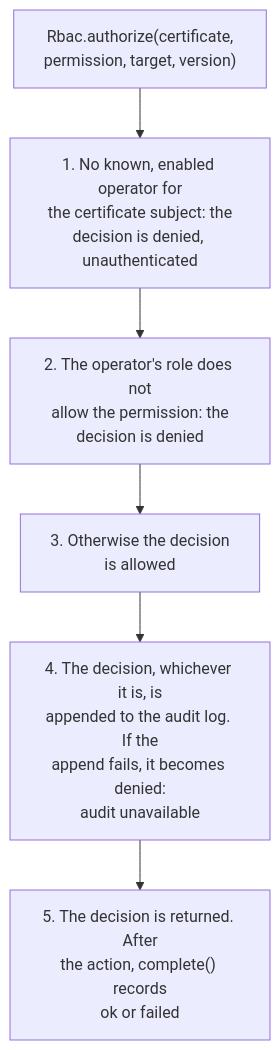
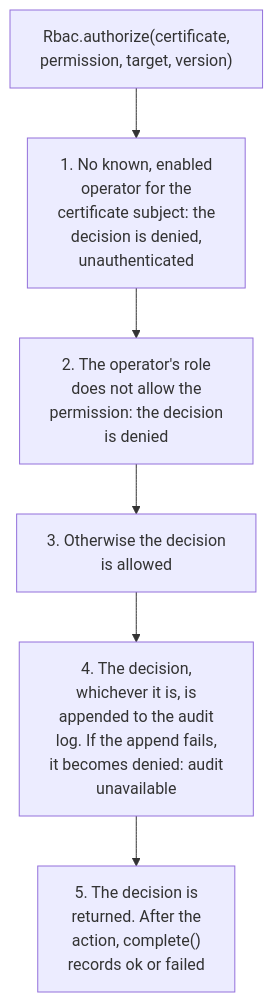
The second of 2 diagrams in docs/design/control-plane-security.md (BlivionIaG/sjws_nettask), drawn with Mermaid before and after one commit. The commit also changed other lines of this file and 8 other files, not shown here.

First line of the commit message:
docs: re-wrap long diagram labels so words do not orphan

````diff
--- a/docs/design/control-plane-security.md
+++ b/docs/design/control-plane-security.md
@@ -85,8 +85,8 @@
 ```mermaid
 flowchart TD
-    a["Rbac.authorize(certificate,<br/>permission, target, version)"] --> c1["1. No known, enabled operator for<br/>the certificate subject: the<br/>decision is denied, unauthenticated"]
-    c1 --> c2["2. The operator's role does not<br/>allow the permission: the<br/>decision is denied"]
+    a["Rbac.authorize(certificate,<br/>permission, target, version)"] --> c1["1. No known, enabled<br/>operator for the<br/>certificate subject: the<br/>decision is denied,<br/>unauthenticated"]
+    c1 --> c2["2. The operator's role<br/>does not allow the<br/>permission: the decision<br/>is denied"]
     c2 --> c3["3. Otherwise the decision<br/>is allowed"]
-    c3 --> c4["4. The decision, whichever it is, is<br/>appended to the audit log. If the<br/>append fails, it becomes denied:<br/>audit unavailable"]
-    c4 --> c5["5. The decision is returned. After<br/>the action, complete() records<br/>ok or failed"]
+    c3 --> c4["4. The decision,<br/>whichever it is, is<br/>appended to the audit<br/>log. If the append fails,<br/>it becomes denied: audit<br/>unavailable"]
+    c4 --> c5["5. The decision is<br/>returned. After the<br/>action, complete()<br/>records ok or failed"]
 ```
````
